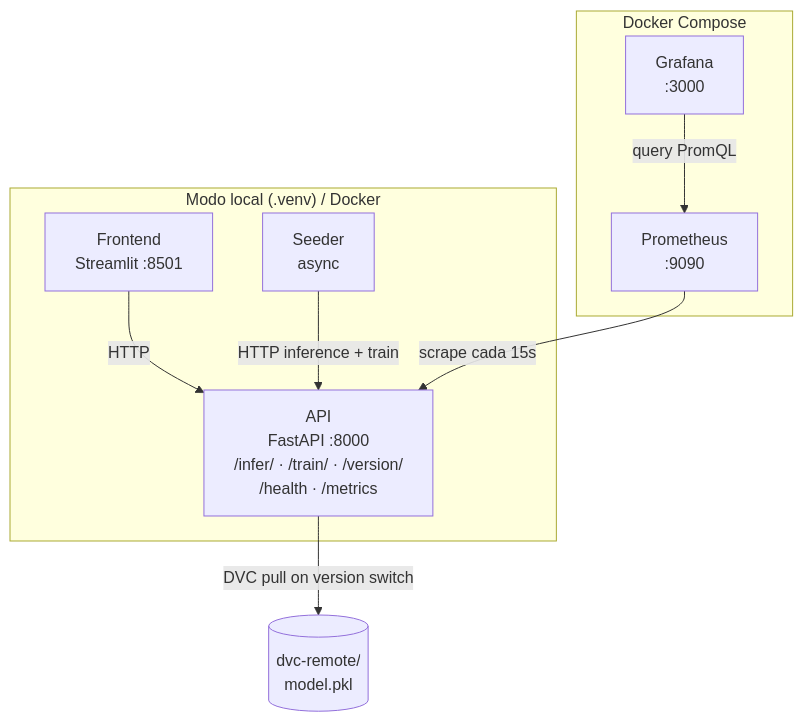
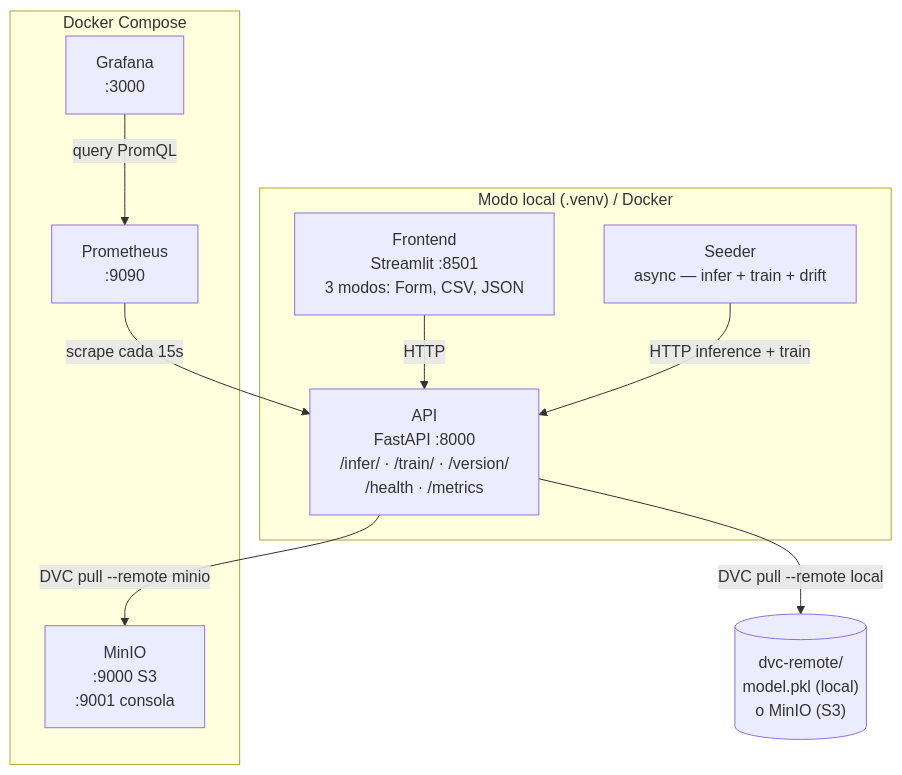
One commit to VSXR/PipelineModeling changed the first of 3 diagrams in docs/architecture.md. Above: the diagram before and after it, drawn with Mermaid. The commit also changed other lines of this file and 32 other files, not shown here.

````diff
--- a/docs/architecture.md
+++ b/docs/architecture.md
@@ -7,21 +7,23 @@
 ```mermaid
 graph TB
     subgraph local["Modo local (.venv) / Docker"]
-        FE["Frontend\nStreamlit :8501"]
-        SE["Seeder\nasync"]
+        FE["Frontend\nStreamlit :8501\n3 modos: Form, CSV, JSON"]
+        SE["Seeder\nasync — infer + train + drift"]
         API["API\nFastAPI :8000\n/infer/ · /train/ · /version/\n/health · /metrics"]
     end
 
     subgraph docker["Docker Compose"]
         PROM["Prometheus\n:9090"]
         GRAF["Grafana\n:3000"]
+        MINIO["MinIO\n:9000 S3\n:9001 consola"]
     end
 
-    DVC[("dvc-remote/\nmodel.pkl")]
+    DVC[("dvc-remote/\nmodel.pkl (local)\no MinIO (S3)")]
 
     FE -->|HTTP| API
     SE -->|HTTP inference + train| API
     PROM -->|scrape cada 15s| API
     GRAF -->|query PromQL| PROM
-    API -->|DVC pull on version switch| DVC
+    API -->|DVC pull --remote local| DVC
+    API -->|DVC pull --remote minio| MINIO
 ```
````
